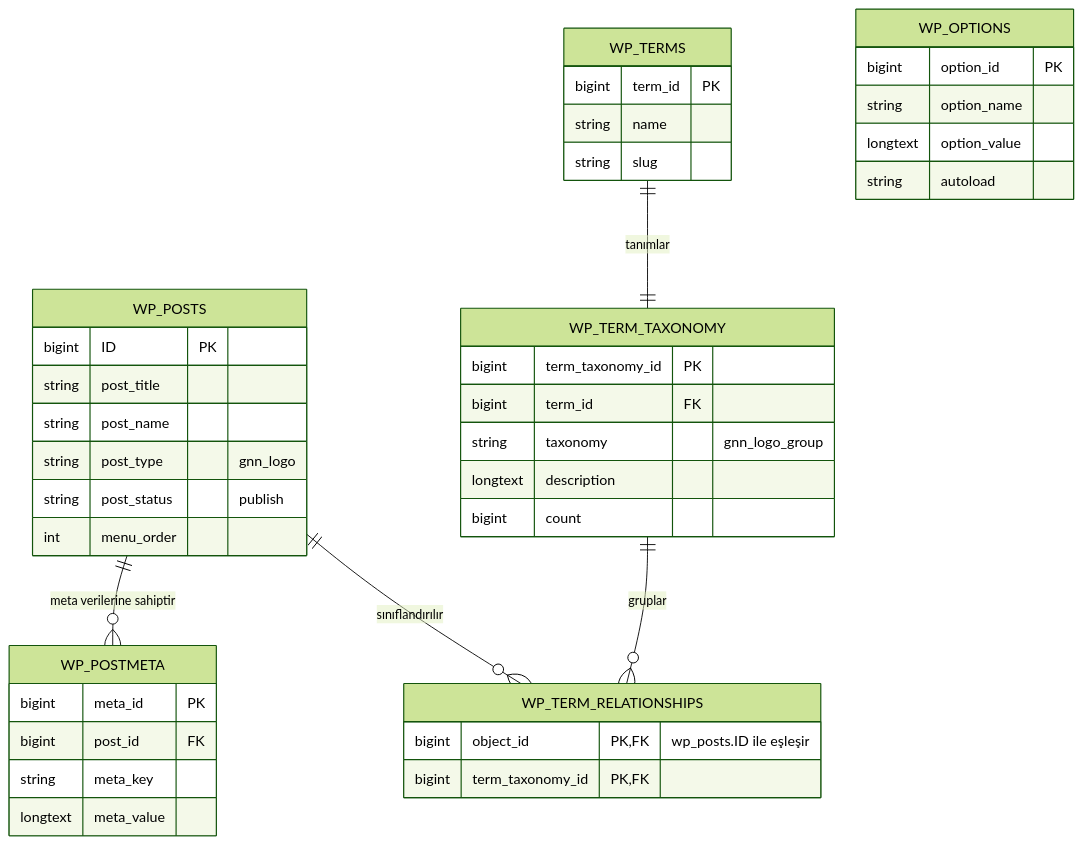
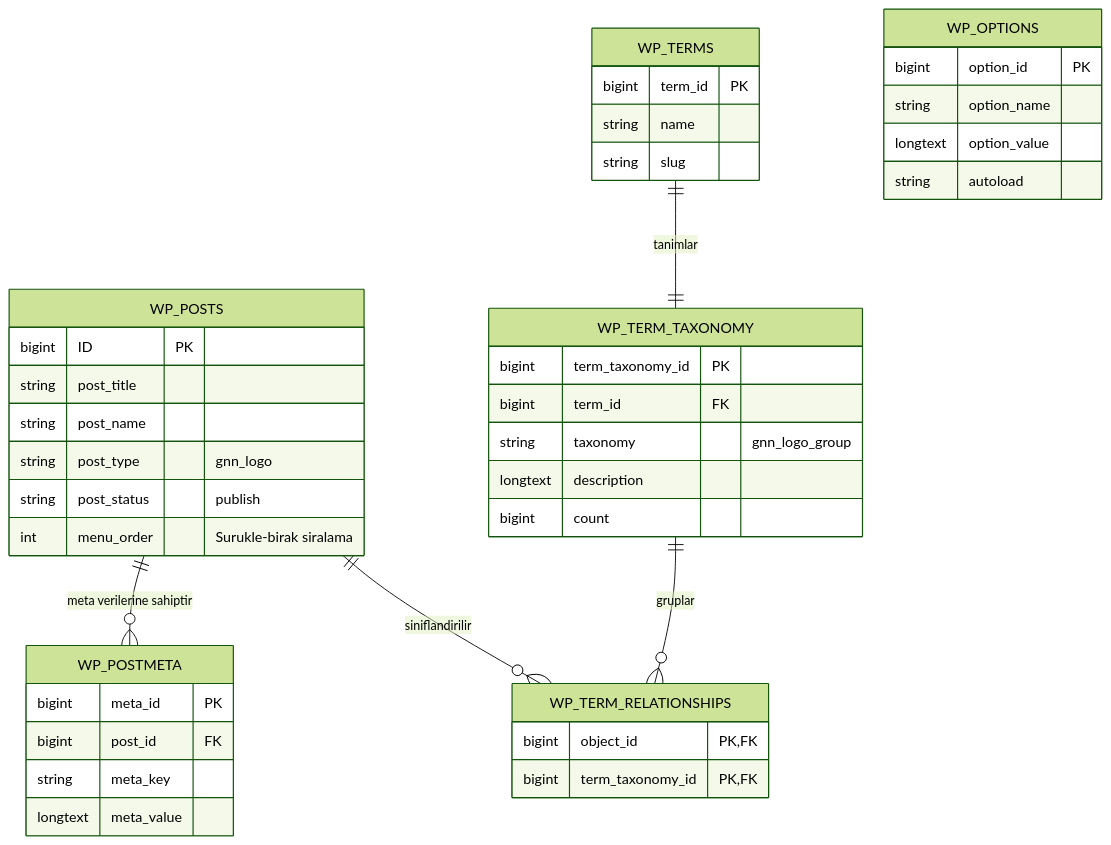
The diagram in .documentation/data-dictionary.md (BigDesigner/gnn-logos), drawn with Mermaid (forest theme) before and after one commit. The commit also changed other lines of this file and 14 other files, not shown here.

````diff
--- a/.documentation/data-dictionary.md
+++ b/.documentation/data-dictionary.md
@@ -12,49 +11,49 @@
 ```mermaid
 erDiagram
     WP_POSTS {
         bigint ID PK
         string post_title
         string post_name
         string post_type "gnn_logo"
         string post_status "publish"
-        int menu_order
+        int menu_order "Surukle-birak siralama"
     }
 
     WP_POSTMETA {
         bigint meta_id PK
         bigint post_id FK
         string meta_key
         longtext meta_value
     }
 
     WP_TERMS {
         bigint term_id PK
         string name
         string slug
     }
 
     WP_TERM_TAXONOMY {
         bigint term_taxonomy_id PK
         bigint term_id FK
         string taxonomy "gnn_logo_group"
         longtext description
         bigint count
     }
 
     WP_TERM_RELATIONSHIPS {
-        bigint object_id PK,FK "wp_posts.ID ile eşleşir"
+        bigint object_id PK,FK
         bigint term_taxonomy_id PK,FK
     }
 
     WP_OPTIONS {
         bigint option_id PK
         string option_name
         longtext option_value
         string autoload
     }
 
     WP_POSTS ||--o{ WP_POSTMETA : "meta verilerine sahiptir"
-    WP_POSTS ||--o{ WP_TERM_RELATIONSHIPS : "sınıflandırılır"
+    WP_POSTS ||--o{ WP_TERM_RELATIONSHIPS : "siniflandirilir"
     WP_TERM_TAXONOMY ||--o{ WP_TERM_RELATIONSHIPS : "gruplar"
-    WP_TERMS ||--|| WP_TERM_TAXONOMY : "tanımlar"
+    WP_TERMS ||--|| WP_TERM_TAXONOMY : "tanimlar"
 ```
````
